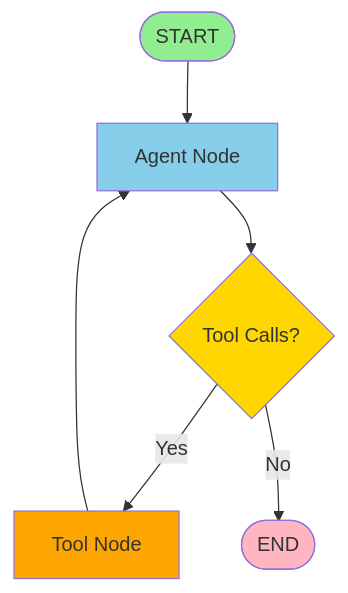
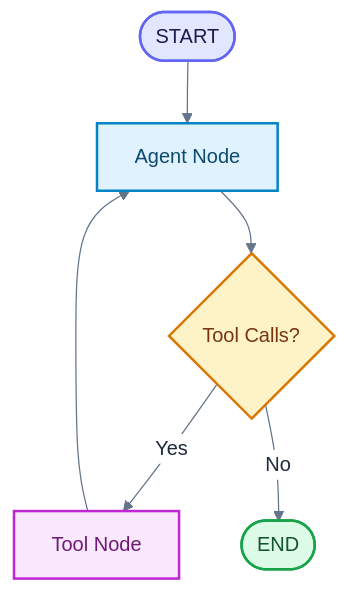
One commit to ralf-42/GenAI changed the third of 7 diagrams in docs/06-frameworks/einsteiger-langgraph.md. Above: the diagram before and after it, drawn with Mermaid. The commit also changed other lines of this file and 25 other files, not shown here.

````diff
--- a/docs/06-frameworks/einsteiger-langgraph.md
+++ b/docs/06-frameworks/einsteiger-langgraph.md
@@ -345,14 +379,36 @@
 ```mermaid
+---
+config:
+  theme: base
+  look: classic
+  themeVariables:
+    primaryColor: '#e0f2fe'
+    primaryBorderColor: '#0284c7'
+    primaryTextColor: '#1e293b'
+    lineColor: '#64748b'
+    clusterBkg: '#f8fafc'
+    clusterBorder: '#cbd5e1'
+    noteBkgColor: '#fef3c7'
+    noteBorderColor: '#d97706'
+    noteTextColor: '#78350f'
+    edgeLabelBackground: '#ffffff'
+---
+
 flowchart TB
     START([START]) --> AGENT[Agent Node]
     AGENT --> COND{Tool Calls?}
     COND -->|Yes| TOOLS[Tool Node]
     COND -->|No| END([END])
     TOOLS --> AGENT
 
-    style START fill:#90EE90
-    style END fill:#FFB6C1
-    style COND fill:#FFD700
-    style TOOLS fill:#FFA500
-    style AGENT fill:#87CEEB
+%% Funktionsfarben nach Mermaid_Best_Practices.md
+classDef default fill:#e0f2fe,stroke:#0284c7,stroke-width:2px,color:#0c4a6e;
+classDef input fill:#e0e7ff,stroke:#6366f1,stroke-width:2px,color:#1e1b4b;
+classDef metric fill:#fef3c7,stroke:#d97706,stroke-width:2px,color:#78350f;
+classDef output fill:#dcfce7,stroke:#16a34a,stroke-width:2px,color:#14532d;
+classDef target fill:#fae8ff,stroke:#c026d3,stroke-width:2px,color:#701a75;
+class START input;
+class COND metric;
+class END output;
+class TOOLS target;
 ```
````
